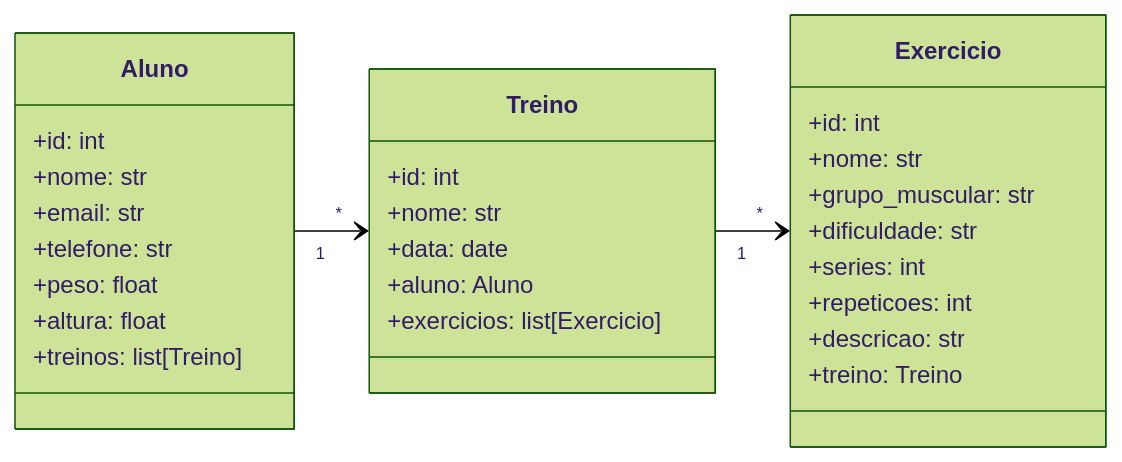
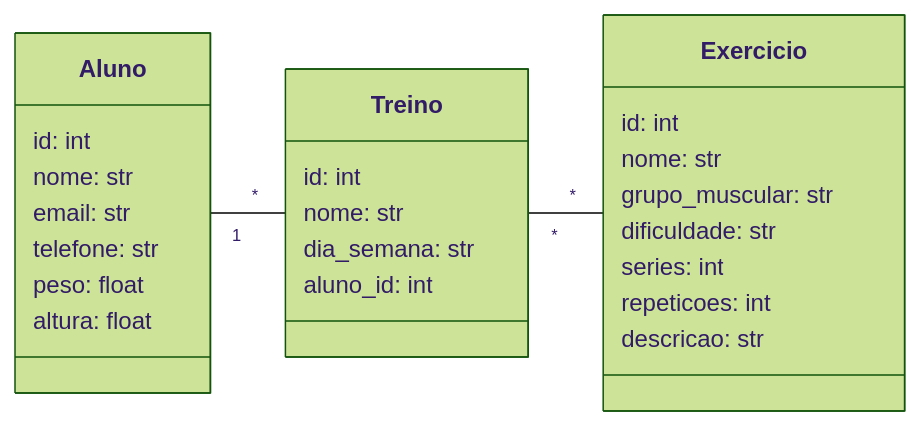
One commit to MarianaOliveiraFelipe/persist-modulo02 changed the diagram in README.md. Above: the diagram before and after it, drawn with Mermaid (forest theme).

````diff
--- a/README.md
+++ b/README.md
@@ -3,37 +3,30 @@
 ```mermaid
 classDiagram
-  direction LR
-  
-  class Aluno {
-      +id: int
-      +nome: str
-      +email: str
-      +telefone: str
-      +peso: float
-      +altura: float
-      +treinos: list[Treino]
-  }
-  
-  class Treino {
-      +id: int
-      +nome: str
-      +data: date
-      +aluno: Aluno
-      +exercicios: list[Exercicio]
-  }
-  
-  class Exercicio {
-      +id: int
-      +nome: str
-      +grupo_muscular: str
-      +dificuldade: str
-      +series: int
-      +repeticoes: int
-      +descricao: str
-      +treino: Treino
-  }
+    direction LR
+    class Aluno {
+        id: int
+        nome: str
+        email: str
+        telefone: str
+        peso: float
+        altura: float
+    }
+    class Treino {
+        id: int
+        nome: str
+        dia_semana: str
+        aluno_id: int
+    }
+    class Exercicio {
+        id: int
+        nome: str
+        grupo_muscular: str
+        dificuldade: str
+        series: int
+        repeticoes: int
+        descricao: str
+    }
 
-  Aluno "1" --> "*" Treino
-  Treino "1" --> "*" Exercicio
-
+    Aluno "1" -- "*" Treino
+    Treino "*" -- "*" Exercicio
 ```
````
